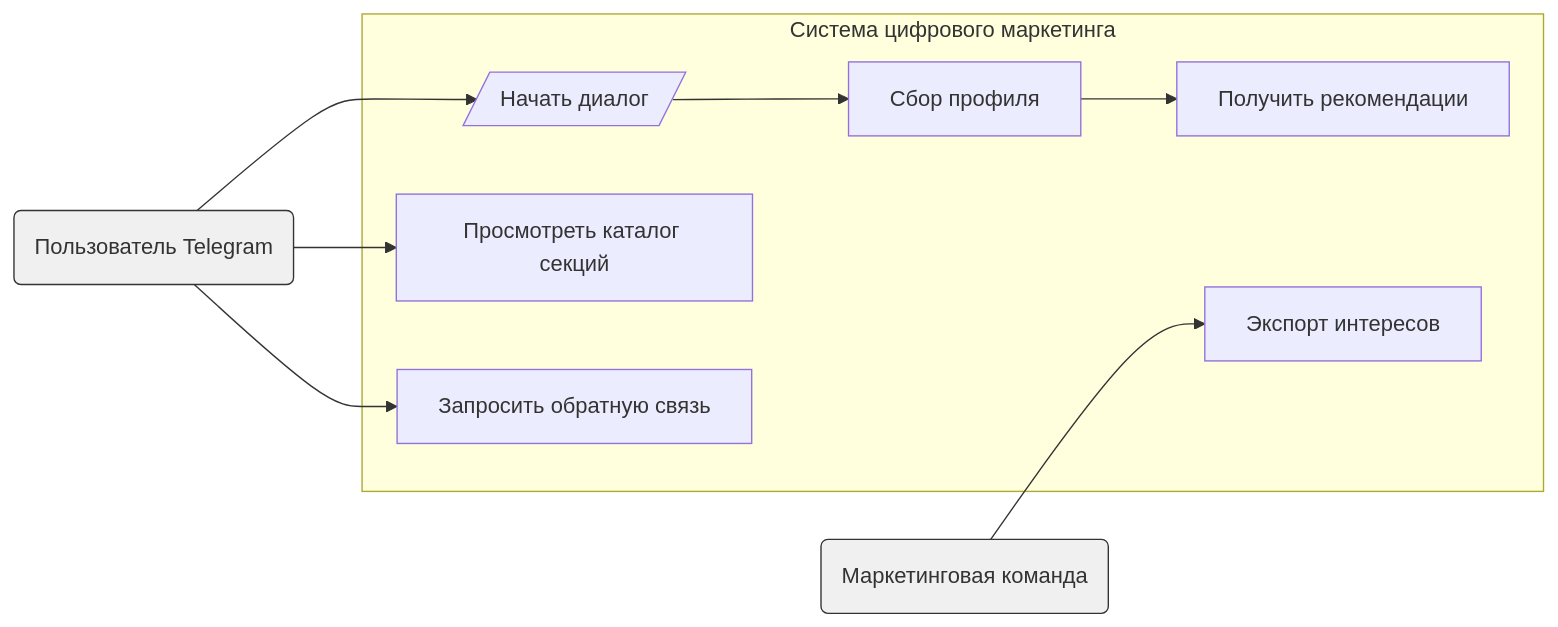
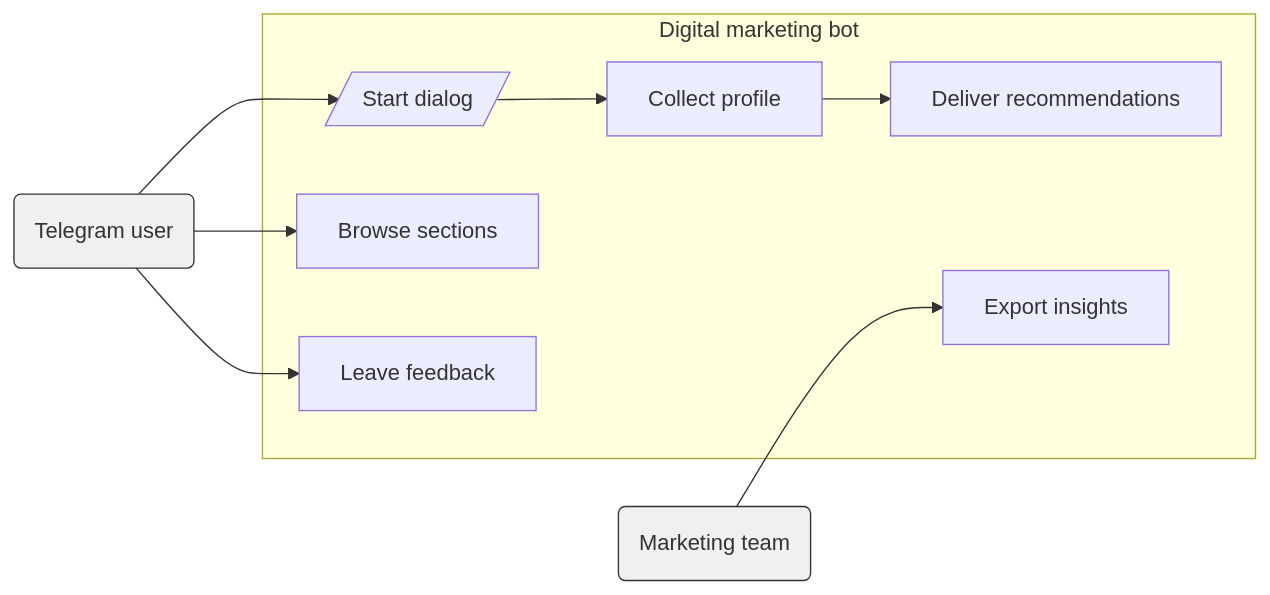
One commit to kotru21/bsuir changed the first of 3 diagrams in README.md. Above: the diagram before and after it, drawn with Mermaid. The commit also changed other lines of this file, not shown here.

Commit message:
Translate diagrams and explanations to English
Updated Mermaid diagrams and their explanations in README.md from Russian to English for improved accessibility to non-Russian speaking developers. Added English descriptions for each diagram to clarify user and system interactions.

````diff
--- a/README.md
+++ b/README.md
@@ -38,23 +38,23 @@
 ```mermaid
 flowchart LR
-      user(Пользователь Telegram):::actor
-      marketing(Маркетинговая команда):::actor
+   user(Telegram user):::actor
+   marketing(Marketing team):::actor
 
-      subgraph Bot [Система цифрового маркетинга]
-            start[/Начать диалог/]
-            profile[Сбор профиля]
-            recommend[Получить рекомендации]
-            sections[Просмотреть каталог секций]
-            feedback[Запросить обратную связь]
-            export[Экспорт интересов]
-      end
+   subgraph Bot [Digital marketing bot]
+      start[/Start dialog/]
+      profile[Collect profile]
+      recommend[Deliver recommendations]
+      sections[Browse sections]
+      feedback[Leave feedback]
+      export[Export insights]
+   end
 
-      user --> start
-      start --> profile
-      profile --> recommend
-      user --> sections
-      user --> feedback
-      marketing --> export
+   user --> start
+   start --> profile
+   profile --> recommend
+   user --> sections
+   user --> feedback
+   marketing --> export
 
-      classDef actor fill:#f0f0f0,stroke:#333,stroke-width:1;
+   classDef actor fill:#f0f0f0,stroke:#333,stroke-width:1;
 ```
````
